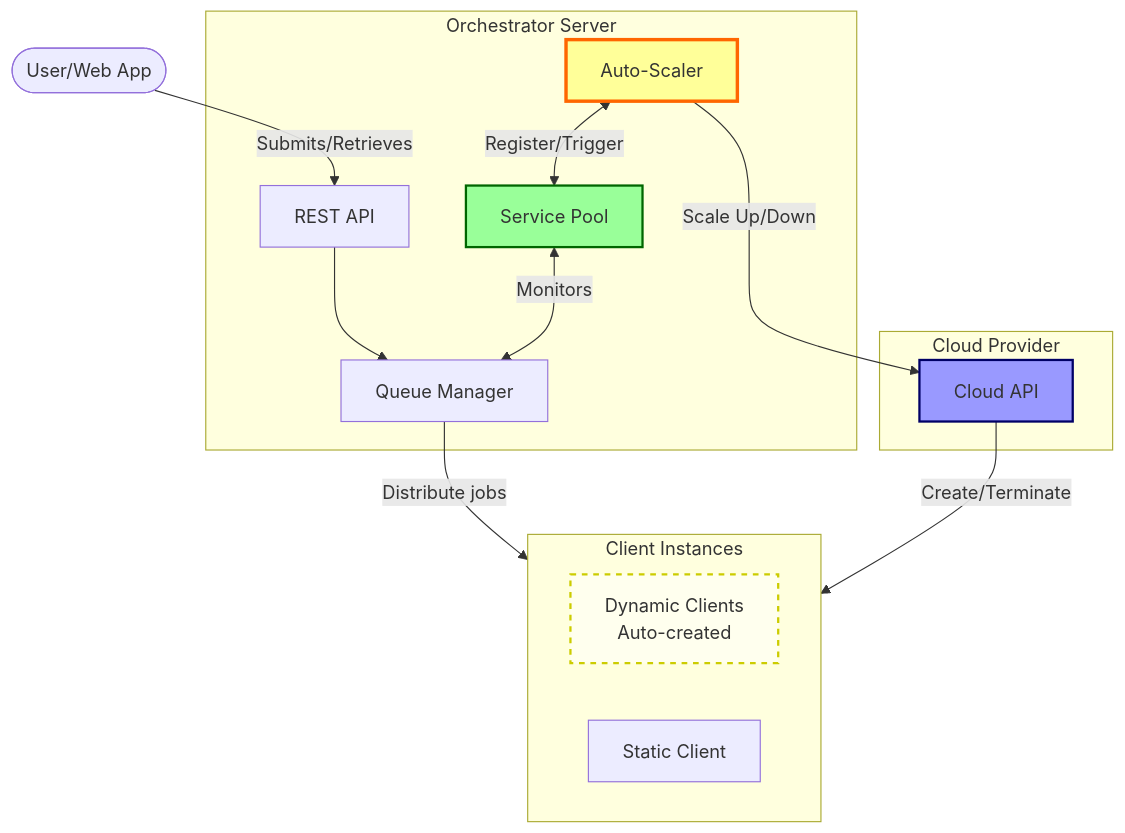
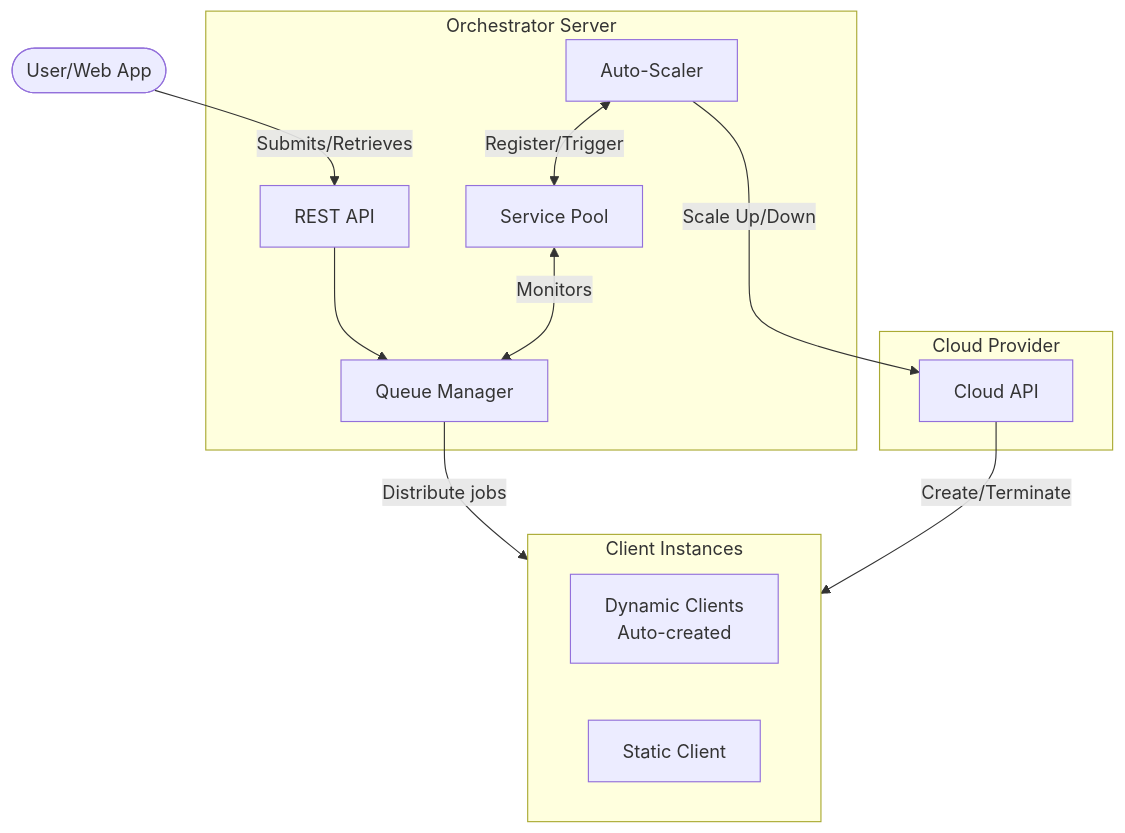
One commit to rvhonorato/job-orchestrator changed the fourth of 4 diagrams in README.md. Above: the diagram before and after it, drawn with Mermaid.

````diff
--- a/README.md
+++ b/README.md
@@ -132,32 +132,27 @@
 ```mermaid
 ---
 config:
   layout: dagre
 ---
 flowchart TB
  subgraph Server["Orchestrator Server"]
         API["REST API"]
         Queue["Queue Manager"]
         AutoScaler["Auto-Scaler"]
         ServicePool["Service Pool"]
   end
  subgraph Cloud["Cloud Provider"]
         CloudAPI["Cloud API"]
   end
  subgraph Clients["Client Instances"]
         Dynamic["Dynamic Clients<br>Auto-created"]
         Static["Static Client<br>"]
   end
     User(["User/Web App"]) -- Submits/Retrieves --> API
     API --> Queue
     Queue -- Distribute jobs --> Clients
     ServicePool <-- Monitors --> Queue
     AutoScaler <-- Register/Trigger --> ServicePool
     AutoScaler -- Scale Up/Down --> CloudAPI
     CloudAPI -- Create/Terminate --> Clients
-
-    style AutoScaler fill:#ff9,stroke:#f60,stroke-width:3px
-    style ServicePool fill:#9f9,stroke:#060,stroke-width:2px
-    style CloudAPI fill:#99f,stroke:#006,stroke-width:2px
-    style Dynamic fill:#ffe,stroke:#cc0,stroke-width:2px,stroke-dasharray: 5 5
 ```
````
